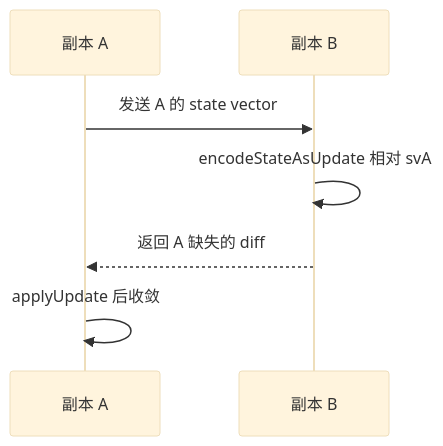
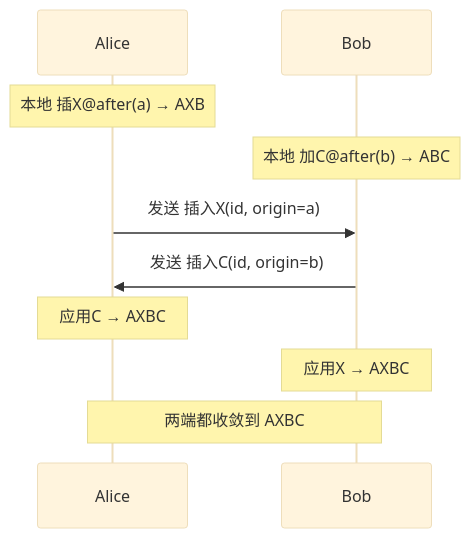
The fourth of 5 diagrams in learning-guide/slides/decks/08.md (lfire/AFFiNE), drawn with Mermaid (base theme) before and after one commit. The commit also changed other lines of this file and 73 other files, not shown here.

````diff
--- a/learning-guide/slides/decks/08.md
+++ b/learning-guide/slides/decks/08.md
@@ -211,9 +216,12 @@
 ```mermaid
 sequenceDiagram
-  participant A as 副本 A
-  participant B as 副本 B
-  A->>B: 发送 A 的 state vector
-  B->>B: encodeStateAsUpdate 相对 svA
-  B-->>A: 返回 A 缺失的 diff
-  A->>A: applyUpdate 后收敛
+  participant A as Alice
+  participant B as Bob
+  Note over A: 本地 插X@after(a) → AXB
+  Note over B: 本地 加C@after(b) → ABC
+  A->>B: 发送 插入X(id, origin=a)
+  B->>A: 发送 插入C(id, origin=b)
+  Note over A: 应用C → AXBC
+  Note over B: 应用X → AXBC
+  Note over A,B: 两端都收敛到 AXBC
 ```
````
